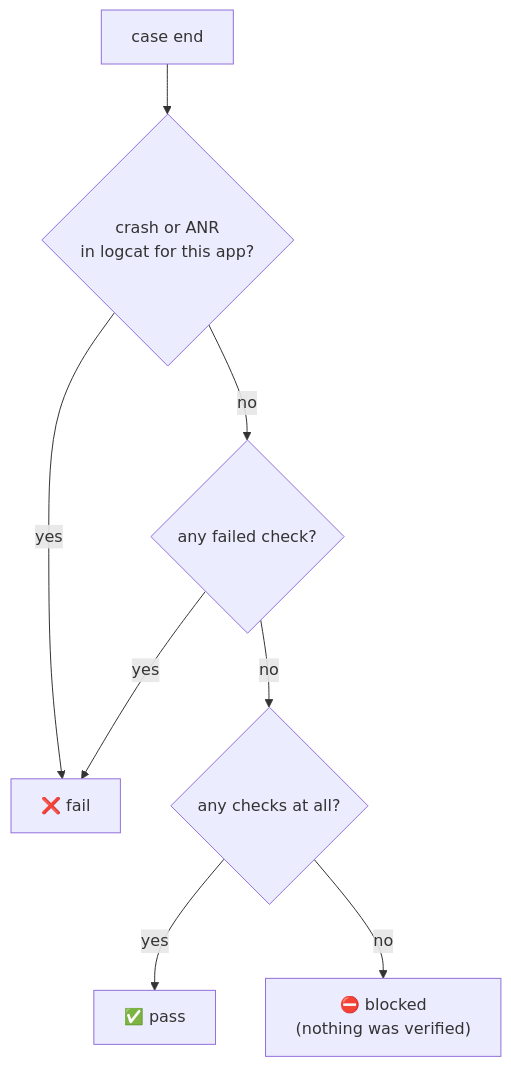
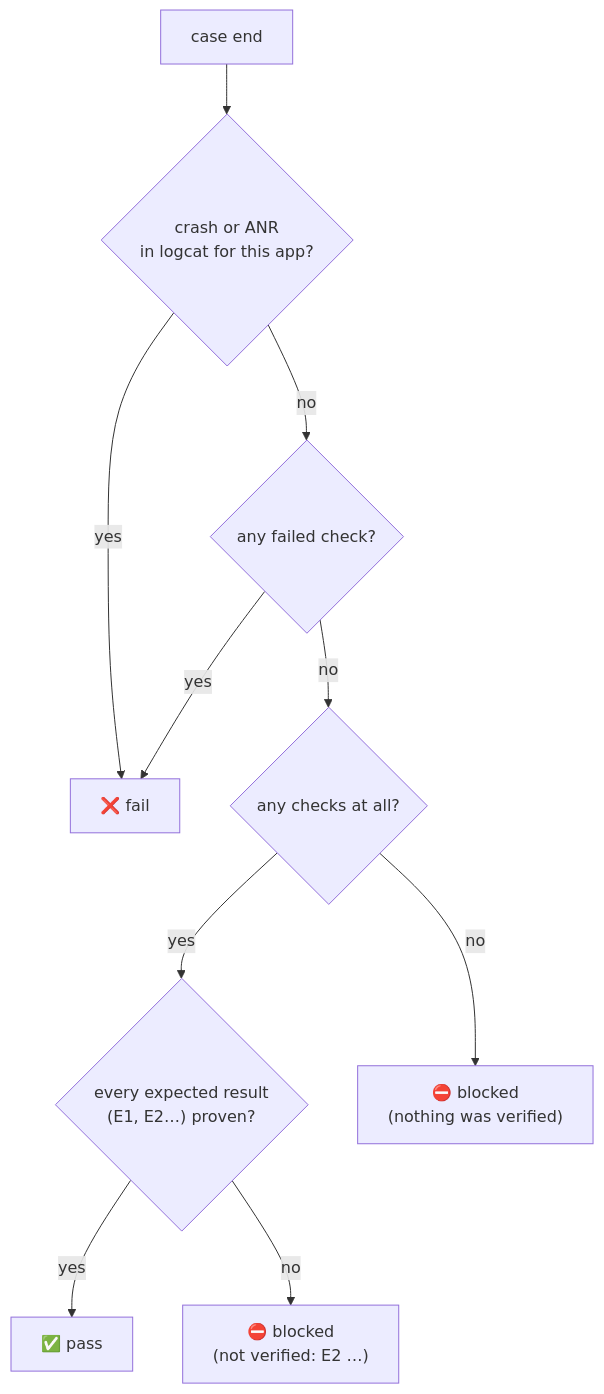
The third of 6 diagrams in ARCHITECTURE.md (abhi9avx/teesri-nazar), drawn with Mermaid before and after one commit. The commit also changed other lines of this file and 6 other files, not shown here.

Commit message:
Coverage: document expected results, case plan and not-run rows for users and the agent

````diff
--- a/ARCHITECTURE.md
+++ b/ARCHITECTURE.md
@@ -512,10 +512,12 @@
 ```mermaid
 flowchart TD
     E["case end"] --> C{"crash or ANR<br/>in logcat for this app?"}
     C -->|yes| F["❌ fail"]
     C -->|no| K{"any failed check?"}
     K -->|yes| F
     K -->|no| H{"any checks at all?"}
-    H -->|yes| P["✅ pass"]
+    H -->|yes| X{"every expected result<br/>(E1, E2…) proven?"}
+    X -->|yes| P["✅ pass"]
+    X -->|no| B2["⛔ blocked<br/>(not verified: E2 …)"]
     H -->|no| B["⛔ blocked<br/>(nothing was verified)"]
 ```
````
